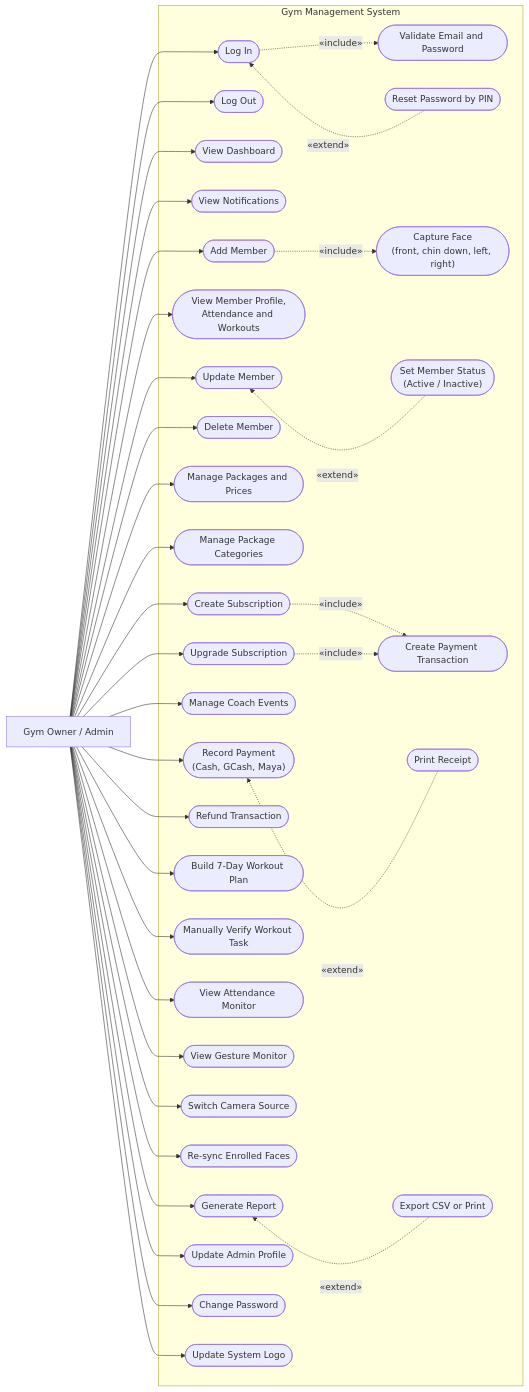
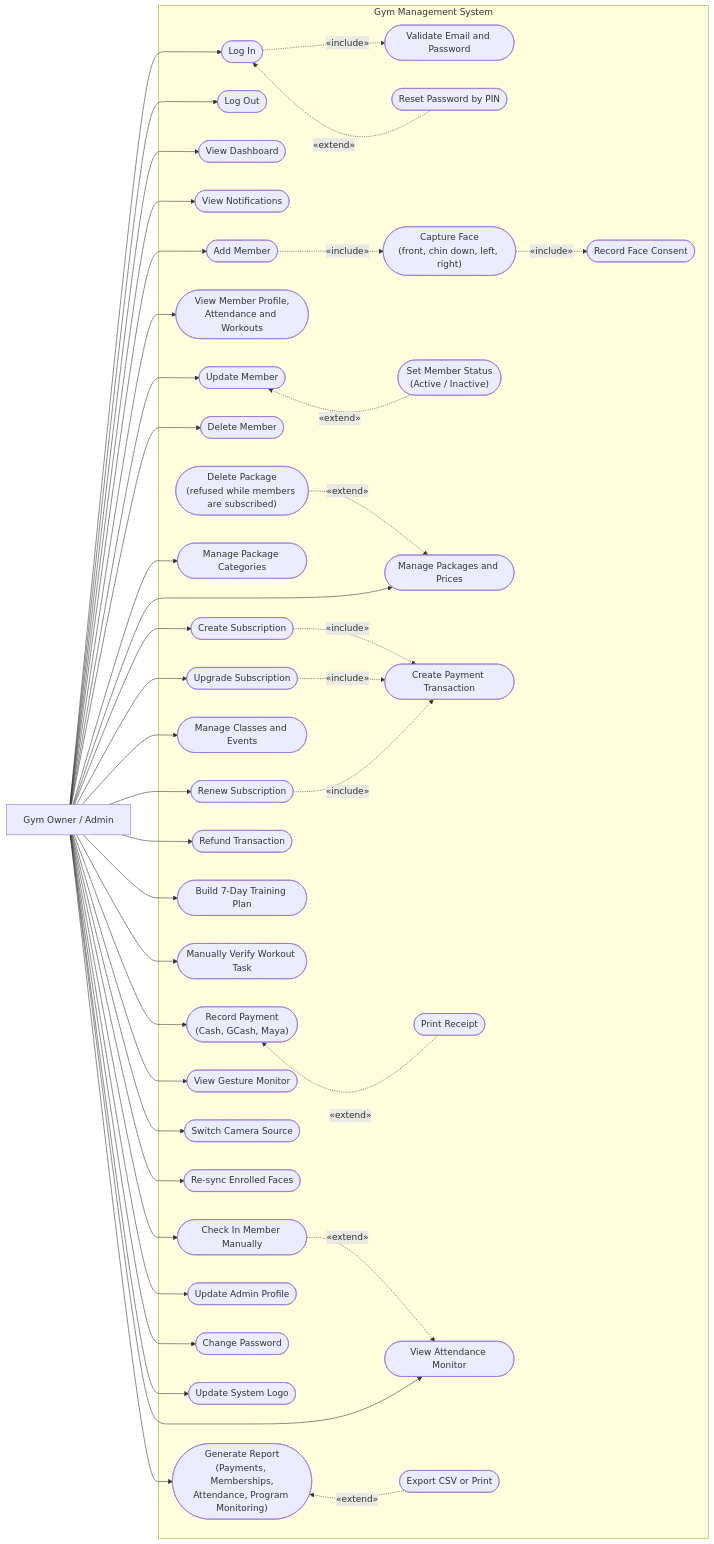
The fifth of 9 diagrams in Updated Current Plan For Development/Chapter4_Diagrams (2).md (Plonteras191/GYM2-CAPSTONE), drawn with Mermaid before and after one commit. The commit also changed other lines of this file and 7 other files, not shown here.

First line of the commit message:
docs(diagrams): align Chapter 4 and Correct_Diagrams with the system as built

```diff
--- a/Updated Current Plan For Development/Chapter4_Diagrams (2).md
+++ b/Updated Current Plan For Development/Chapter4_Diagrams (2).md
@@ -275,31 +319,35 @@
 
         AddMem(["Add Member"])
         Face(["Capture Face<br/>(front, chin down, left, right)"])
+        Consent(["Record Face Consent"])
         ViewMem(["View Member Profile,<br/>Attendance and Workouts"])
         UpdMem(["Update Member"])
         SetStatus(["Set Member Status<br/>(Active / Inactive)"])
         DelMem(["Delete Member"])
 
         Pack(["Manage Packages and Prices"])
+        DelPack(["Delete Package<br/>(refused while members are subscribed)"])
         Cat(["Manage Package Categories"])
         NewSub(["Create Subscription"])
         UpSub(["Upgrade Subscription"])
+        RenewSub(["Renew Subscription"])
         AutoPay(["Create Payment Transaction"])
-        Events(["Manage Coach Events"])
+        Events(["Manage Classes and Events"])
 
         Pay(["Record Payment<br/>(Cash, GCash, Maya)"])
         Receipt(["Print Receipt"])
         Refund(["Refund Transaction"])
 
-        Plan(["Build 7-Day Workout Plan"])
+        Plan(["Build 7-Day Training Plan"])
         Manual(["Manually Verify Workout Task"])
 
         AttMon(["View Attendance Monitor"])
+        ManualIn(["Check In Member Manually"])
         GesMon(["View Gesture Monitor"])
         Switch(["Switch Camera Source"])
         Sync(["Re-sync Enrolled Faces"])
 
-        Report(["Generate Report"])
+        Report(["Generate Report<br/>(Payments, Memberships,<br/>Attendance, Program Monitoring)"])
         Export(["Export CSV or Print"])
 
         Profile(["Update Admin Profile"])
@@ -310,12 +358,16 @@
         Login ~~~ Reset
         Reset -.->|"«extend»"| Login
         AddMem -.->|"«include»"| Face
+        Face -.->|"«include»"| Consent
         UpdMem ~~~ SetStatus
         SetStatus -.->|"«extend»"| UpdMem
+        DelPack -.->|"«extend»"| Pack
         NewSub -.->|"«include»"| AutoPay
         UpSub -.->|"«include»"| AutoPay
+        RenewSub -.->|"«include»"| AutoPay
         Pay ~~~ Receipt
         Receipt -.->|"«extend»"| Pay
+        ManualIn -.->|"«extend»"| AttMon
         Report ~~~ Export
         Export -.->|"«extend»"| Report
     end
@@ -332,12 +384,14 @@
     Admin --> Cat
     Admin --> NewSub
     Admin --> UpSub
+    Admin --> RenewSub
     Admin --> Events
     Admin --> Pay
     Admin --> Refund
     Admin --> Plan
     Admin --> Manual
     Admin --> AttMon
+    Admin --> ManualIn
     Admin --> GesMon
     Admin --> Switch
     Admin --> Sync
```
